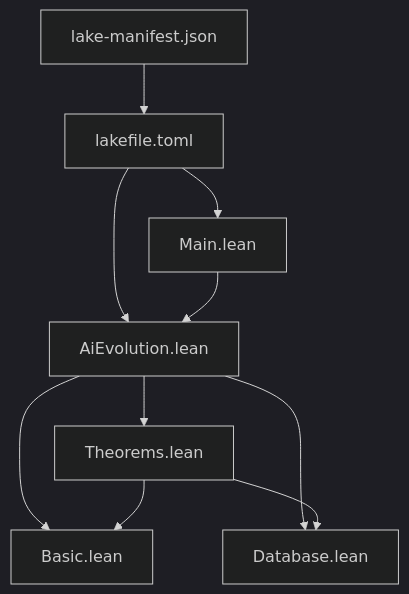
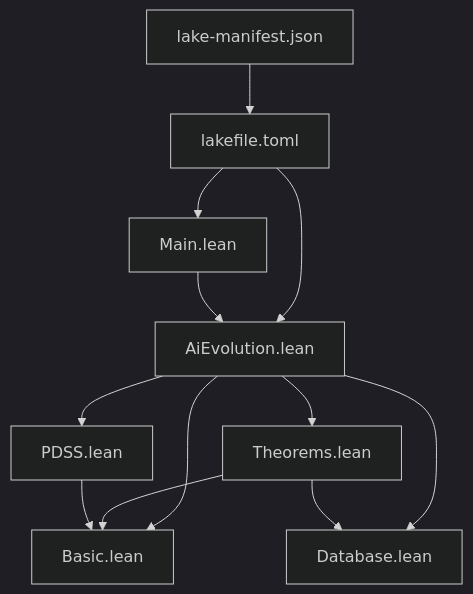
The eighth of 8 diagrams in .qoder/repowiki/zh/content/Lean4形式化验证系统/Lean4形式化验证系统.md (1173591564/academic-based-qoder), drawn with Mermaid (dark theme) before and after one commit. The commit also changed other lines of this file and 89 other files, not shown here.

````diff
--- a/.qoder/repowiki/zh/content/Lean4形式化验证系统/Lean4形式化验证系统.md
+++ b/.qoder/repowiki/zh/content/Lean4形式化验证系统/Lean4形式化验证系统.md
@@ -296,19 +445,22 @@
 ```mermaid
 graph TB
 Lake["lakefile.toml"]
 Manifest["lake-manifest.json"]
 Root["AiEvolution.lean"]
 Basic["Basic.lean"]
 DB["Database.lean"]
 Thm["Theorems.lean"]
+PDSS["PDSS.lean"]
 Main["Main.lean"]
 Lake --> Root
 Lake --> Main
 Manifest --> Lake
 Root --> Basic
 Root --> DB
 Root --> Thm
+Root --> PDSS
 Main --> Root
 Thm --> Basic
 Thm --> DB
+PDSS --> Basic
 ```
````
